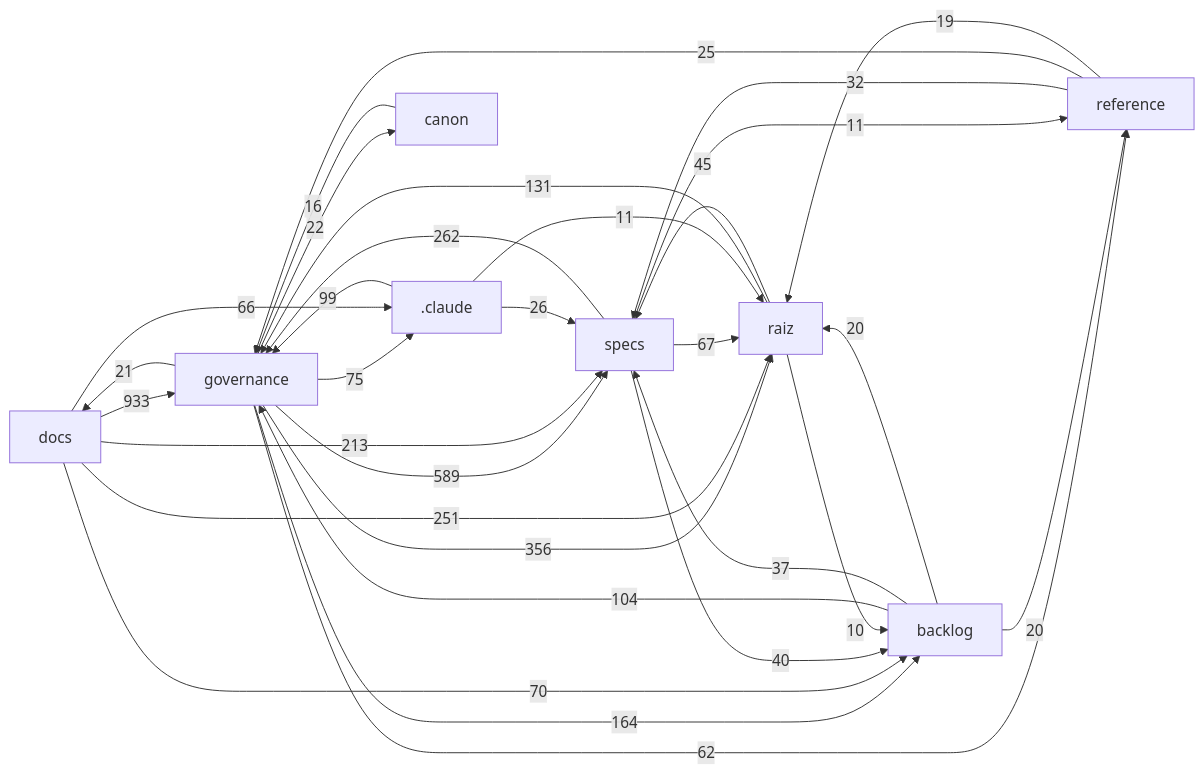
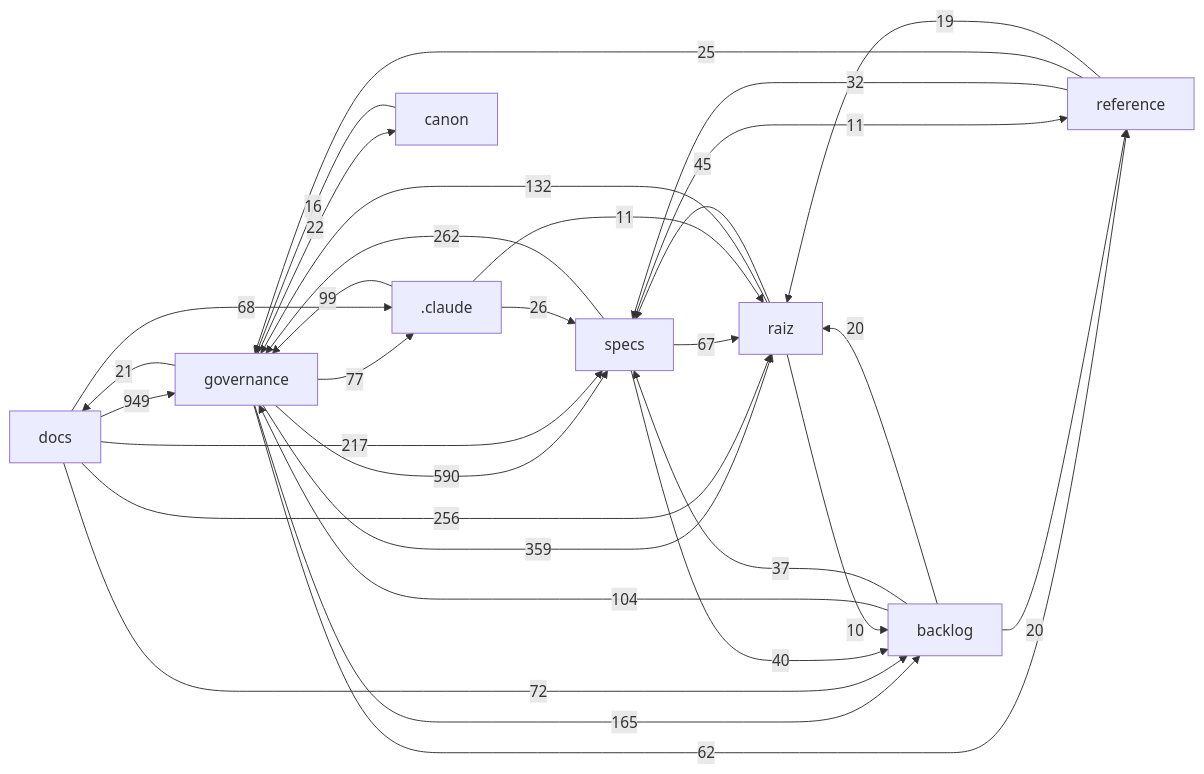
The diagram in docs/mapa/MAPA-PROJETO.md (Andraus35/Sistema-Operacional-de-Trading--SOT), drawn with Mermaid before and after one commit. The commit also changed other lines of this file and 4 other files, not shown here.

````diff
--- a/docs/mapa/MAPA-PROJETO.md
+++ b/docs/mapa/MAPA-PROJETO.md
@@ -29,33 +29,33 @@
 ```mermaid
 flowchart LR
-  docs["docs"] -->|933| governance["governance"]
-  governance["governance"] -->|589| specs["specs"]
-  governance["governance"] -->|356| raiz["raiz"]
+  docs["docs"] -->|949| governance["governance"]
+  governance["governance"] -->|590| specs["specs"]
+  governance["governance"] -->|359| raiz["raiz"]
   specs["specs"] -->|262| governance["governance"]
-  docs["docs"] -->|251| raiz["raiz"]
-  docs["docs"] -->|213| specs["specs"]
-  governance["governance"] -->|164| backlog["backlog"]
-  raiz["raiz"] -->|131| governance["governance"]
+  docs["docs"] -->|256| raiz["raiz"]
+  docs["docs"] -->|217| specs["specs"]
+  governance["governance"] -->|165| backlog["backlog"]
+  raiz["raiz"] -->|132| governance["governance"]
   backlog["backlog"] -->|104| governance["governance"]
   _claude[".claude"] -->|99| governance["governance"]
-  governance["governance"] -->|75| _claude[".claude"]
-  docs["docs"] -->|70| backlog["backlog"]
+  governance["governance"] -->|77| _claude[".claude"]
+  docs["docs"] -->|72| backlog["backlog"]
+  docs["docs"] -->|68| _claude[".claude"]
   specs["specs"] -->|67| raiz["raiz"]
-  docs["docs"] -->|66| _claude[".claude"]
   governance["governance"] -->|62| reference["reference"]
   raiz["raiz"] -->|45| specs["specs"]
   specs["specs"] -->|40| backlog["backlog"]
   backlog["backlog"] -->|37| specs["specs"]
   reference["reference"] -->|32| specs["specs"]
   _claude[".claude"] -->|26| specs["specs"]
   reference["reference"] -->|25| governance["governance"]
   governance["governance"] -->|22| canon["canon"]
   governance["governance"] -->|21| docs["docs"]
   backlog["backlog"] -->|20| raiz["raiz"]
   backlog["backlog"] -->|20| reference["reference"]
   reference["reference"] -->|19| raiz["raiz"]
   canon["canon"] -->|16| governance["governance"]
   _claude[".claude"] -->|11| raiz["raiz"]
   specs["specs"] -->|11| reference["reference"]
   raiz["raiz"] -->|10| backlog["backlog"]
 ```
````
